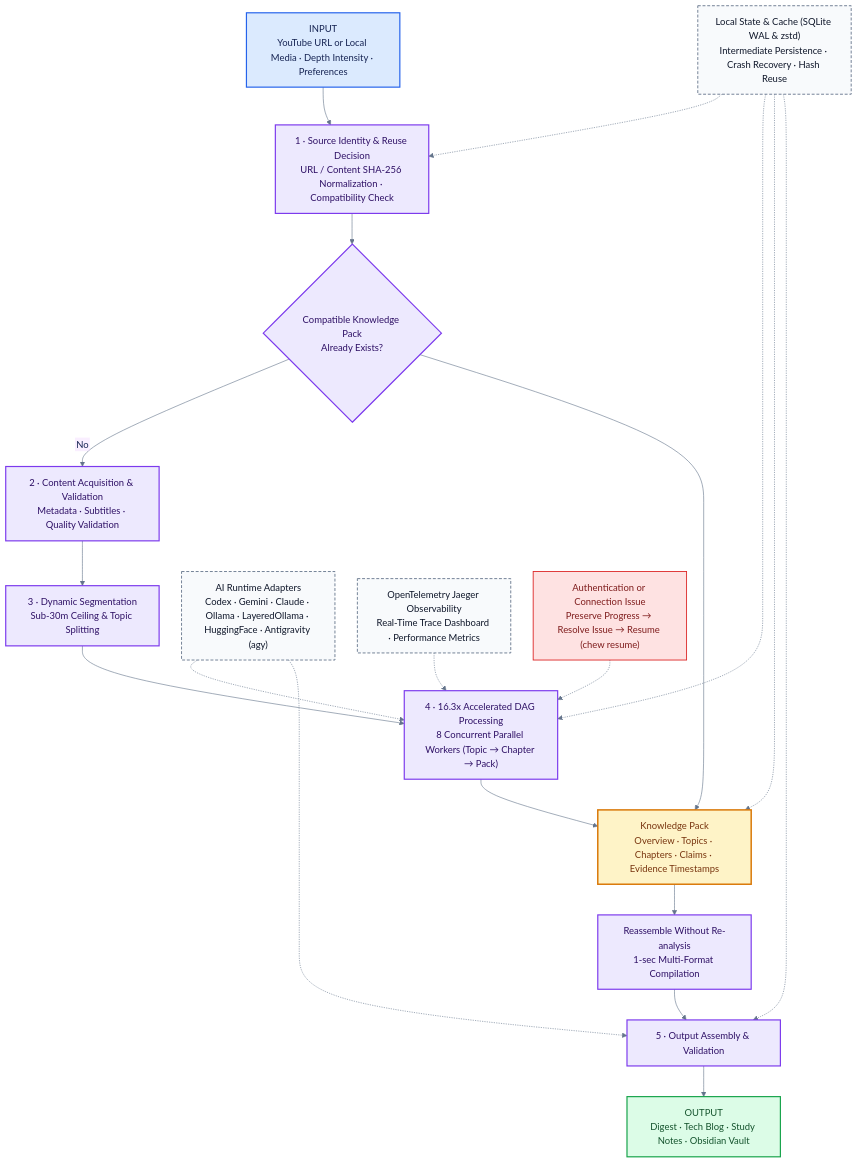
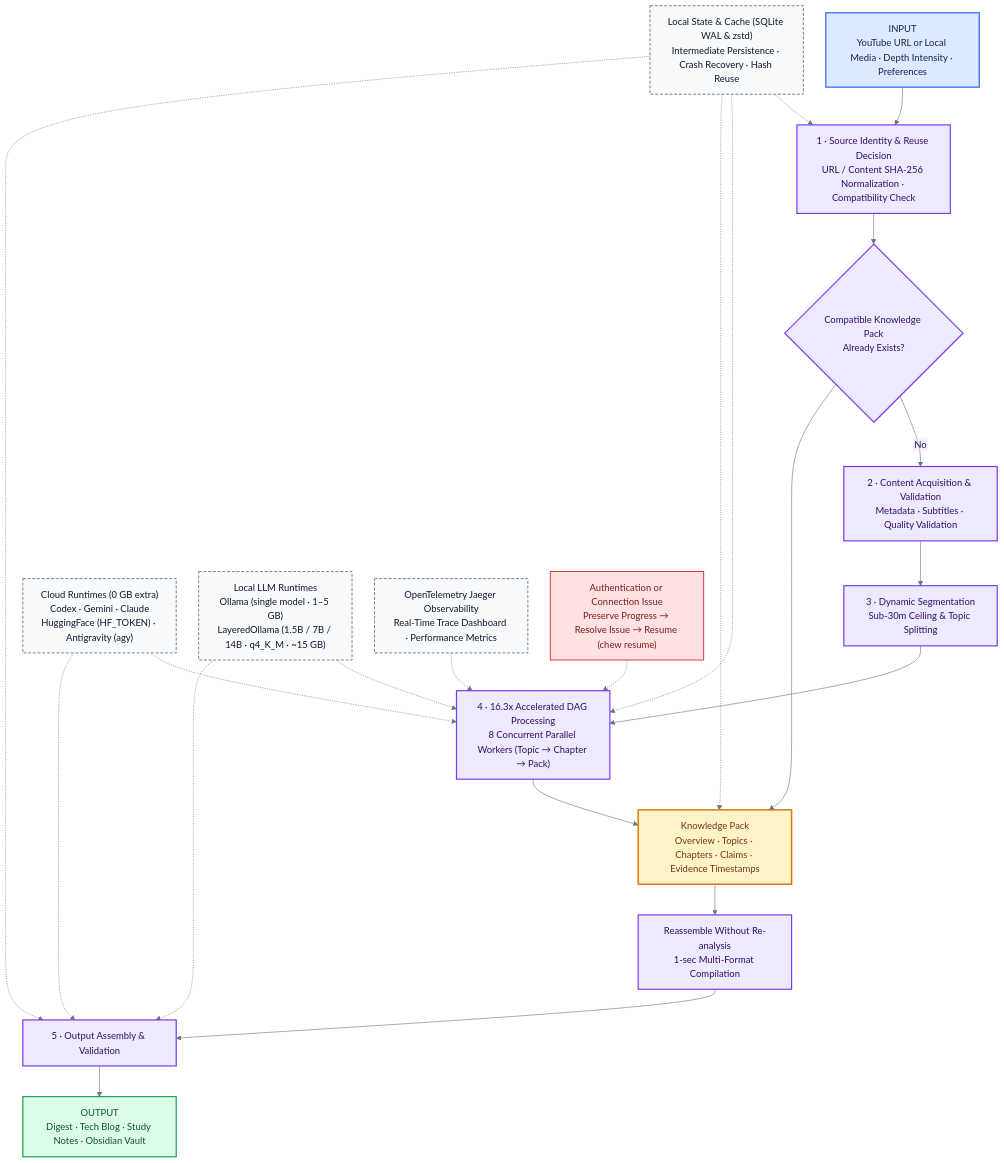
The diagram in assets/architecture/en/internal-pipeline.mmd (SHcommit/youtube-summerizer-kit), drawn with Mermaid before and after one commit. The commit also changed 3 other files, not shown here.

First line of the commit message:
docs(assets): split runtime node into cloud vs local LLM in pipeline diagrams

```diff
--- a/assets/architecture/en/internal-pipeline.mmd
+++ b/assets/architecture/en/internal-pipeline.mmd
@@ -1,41 +1,43 @@
 %%{init: {"theme":"base","themeVariables":{"fontFamily":"Arial, sans-serif","primaryTextColor":"#172554","lineColor":"#64748b","clusterBkg":"#ffffff","clusterBorder":"#cbd5e1"},"flowchart":{"curve":"basis","nodeSpacing":38,"rankSpacing":52,"htmlLabels":false}}}%%
 flowchart TB
     INPUT["INPUT<br/>YouTube URL or Local Media · Depth Intensity · Preferences"]
     IDENTITY["1 · Source Identity & Reuse Decision<br/>URL / Content SHA-256 Normalization · Compatibility Check"]
     INPUT --> IDENTITY
     IDENTITY --> CACHE{"Compatible Knowledge Pack<br/>Already Exists?"}
 
     CACHE -->|No| ACQUIRE["2 · Content Acquisition & Validation<br/>Metadata · Subtitles · Quality Validation"]
     ACQUIRE --> SEGMENT["3 · Dynamic Segmentation<br/>Sub-30m Ceiling & Topic Splitting"]
     SEGMENT --> SYNTHESIS["4 · 16.3x Accelerated DAG Processing<br/>8 Concurrent Parallel Workers (Topic → Chapter → Pack)"]
     SYNTHESIS --> PACK["Knowledge Pack<br/>Overview · Topics · Chapters · Claims · Evidence Timestamps"]
     CACHE --> PACK
 
     PACK --> REUSE["Reassemble Without Re-analysis<br/>1-sec Multi-Format Compilation"]
     REUSE --> ASSEMBLY["5 · Output Assembly & Validation"]
     ASSEMBLY --> OUTPUT["OUTPUT<br/>Digest · Tech Blog · Study Notes · Obsidian Vault"]
 
-    RUNTIMES["AI Runtime Adapters<br/>Codex · Gemini · Claude · Ollama · LayeredOllama · HuggingFace · Antigravity (agy)"] -.-> SYNTHESIS
-    RUNTIMES -.-> ASSEMBLY
+    CLOUD["Cloud Runtimes (0 GB extra)<br/>Codex · Gemini · Claude<br/>HuggingFace (HF_TOKEN) · Antigravity (agy)"] -.-> SYNTHESIS
+    CLOUD -.-> ASSEMBLY
+    LOCAL_LLM["Local LLM Runtimes<br/>Ollama (single model · 1–5 GB)<br/>LayeredOllama (1.5B / 7B / 14B · q4_K_M · ~15 GB)"] -.-> SYNTHESIS
+    LOCAL_LLM -.-> ASSEMBLY
 
     LOCAL["Local State & Cache (SQLite WAL & zstd)<br/>Intermediate Persistence · Crash Recovery · Hash Reuse"] -.-> IDENTITY
     LOCAL -.-> SYNTHESIS
     LOCAL -.-> PACK
     LOCAL -.-> ASSEMBLY
 
     TELEMETRY["OpenTelemetry Jaeger Observability<br/>Real-Time Trace Dashboard · Performance Metrics"] -.-> SYNTHESIS
 
     RECOVERY["Authentication or Connection Issue<br/>Preserve Progress → Resolve Issue → Resume (chew resume)"] -.-> SYNTHESIS
 
     classDef input fill:#dbeafe,stroke:#2563eb,stroke-width:2px,color:#172554;
     classDef process fill:#ede9fe,stroke:#7c3aed,stroke-width:2px,color:#2e1065;
     classDef knowledge fill:#fef3c7,stroke:#d97706,stroke-width:2.5px,color:#78350f;
     classDef output fill:#dcfce7,stroke:#16a34a,stroke-width:2px,color:#14532d;
     classDef support fill:#f8fafc,stroke:#64748b,stroke-width:1.5px,stroke-dasharray:5 3,color:#0f172a;
     classDef recovery fill:#fee2e2,stroke:#dc2626,stroke-width:1.5px,color:#7f1d1d;
     class INPUT input;
     class IDENTITY,CACHE,ACQUIRE,SEGMENT,SYNTHESIS,REUSE,ASSEMBLY process;
     class PACK knowledge;
     class OUTPUT output;
-    class RUNTIMES,LOCAL,TELEMETRY support;
+    class CLOUD,LOCAL_LLM,LOCAL,TELEMETRY support;
     class RECOVERY recovery;
```
